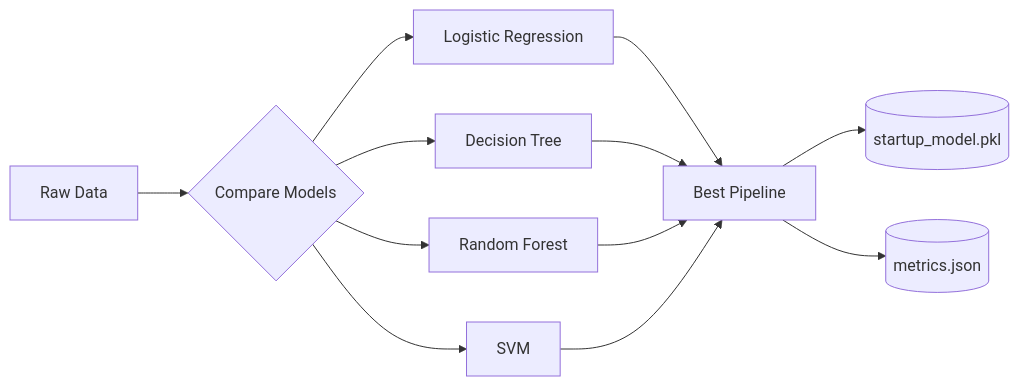
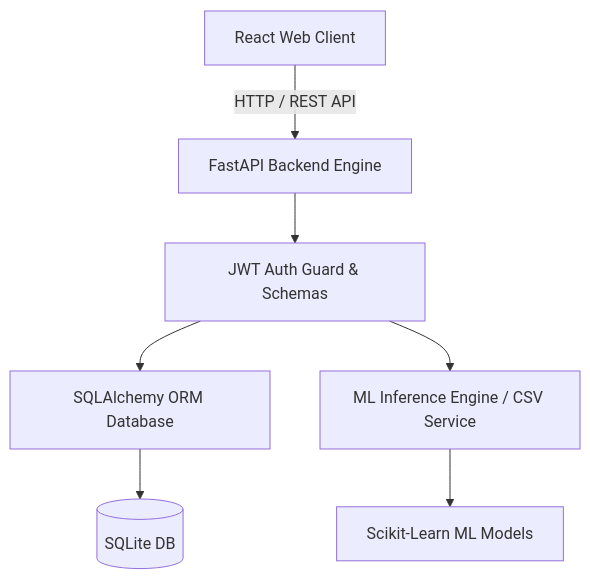
Before and after one commit to thatvivekhingu/Ai_Startup_Success_Predictor: the diagram in README.md, drawn with Mermaid. The commit also changed other lines of this file, not shown here.

````diff
--- a/README.md
+++ b/README.md
@@ -126,11 +37,9 @@
 ```mermaid
-flowchart LR
-    A[Raw Data] --> B{Compare Models}
-    B --> C[Logistic Regression]
-    B --> D[Decision Tree]
-    B --> E[Random Forest]
-    B --> F[SVM]
-    C & D & E & F --> G[Best Pipeline]
-    G --> H[(startup_model.pkl)]
-    G --> I[(metrics.json)]
+graph TD
+    A[React Web Client] -->|HTTP / REST API| B[FastAPI Backend Engine]
+    B --> C[JWT Auth Guard & Schemas]
+    C --> D[SQLAlchemy ORM Database]
+    C --> E[ML Inference Engine / CSV Service]
+    E --> F[Scikit-Learn ML Models]
+    D --> G[(SQLite DB)]
 ```
````
